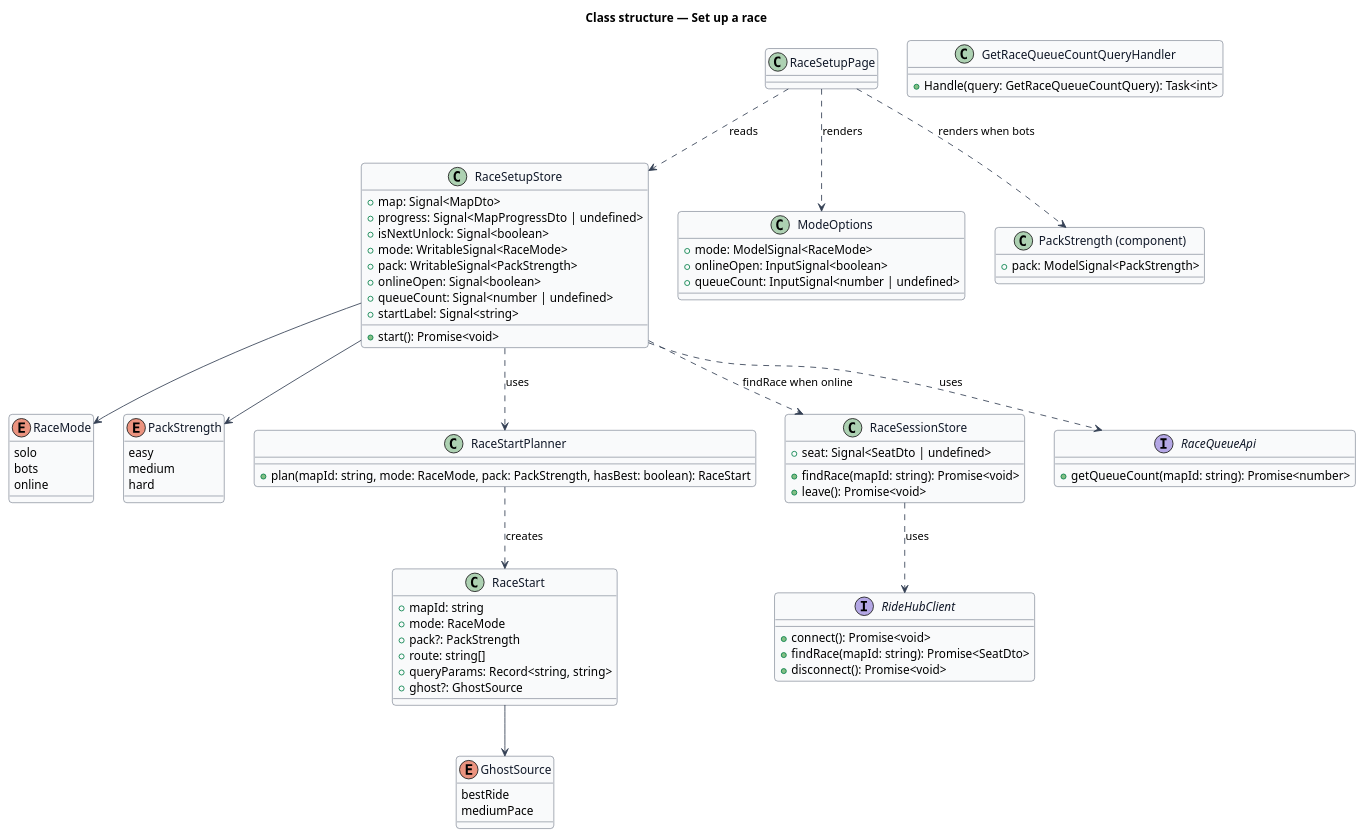
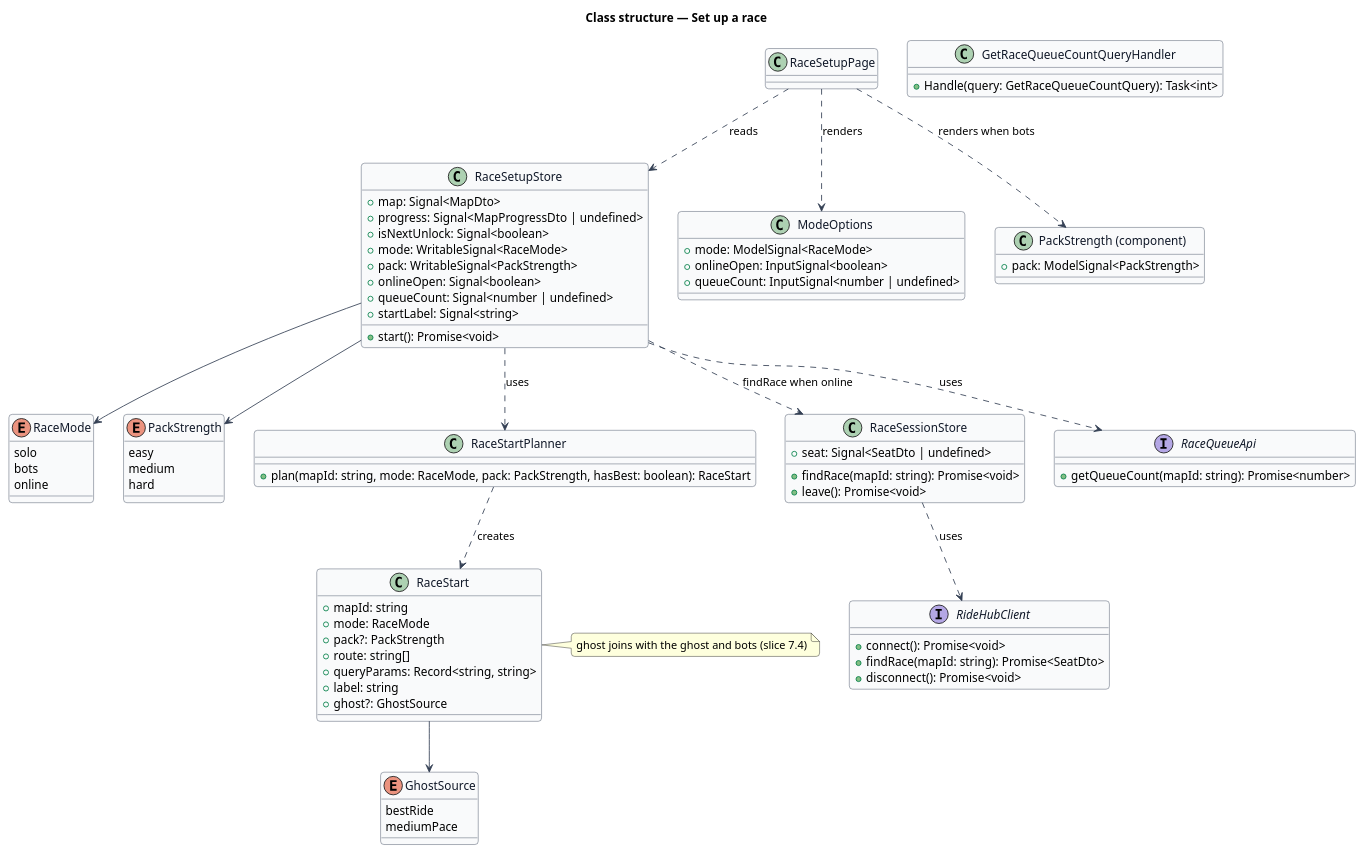
One commit to QuinntyneBrown/ride-one changed the diagram in docs/detailed-designs/race/set-up-a-race/diagrams/class-structure.puml. Above: the diagram before and after it, drawn with PlantUML. The commit also changed 5 other files, not shown here.

First line of the commit message:
Align Race Setup's design for slice 7.2

```diff
--- a/docs/detailed-designs/race/set-up-a-race/diagrams/class-structure.puml
+++ b/docs/detailed-designs/race/set-up-a-race/diagrams/class-structure.puml
@@ -1,87 +1,89 @@
 @startuml
 ' --- shared skin header ---
 skinparam backgroundColor #FFFFFF
 skinparam shadowing false
 skinparam roundcorner 8
 skinparam defaultFontName Arial
 skinparam ArrowColor #344054
 skinparam class {
   BorderColor #344054
   FontColor #101828
   BackgroundColor #F9FAFB
 }
 ' --------------------------
 title Class structure — Set up a race
 enum RaceMode {
   solo
   bots
   online
 }
 enum PackStrength {
   easy
   medium
   hard
 }
 class RaceStart {
   +mapId: string
   +mode: RaceMode
   +pack?: PackStrength
   +route: string[]
   +queryParams: Record<string, string>
+  +label: string
   +ghost?: GhostSource
 }
+note right of RaceStart : ghost joins with the ghost and bots (slice 7.4)
 enum GhostSource {
   bestRide
   mediumPace
 }
 class RaceSetupStore {
   +map: Signal<MapDto>
   +progress: Signal<MapProgressDto | undefined>
   +isNextUnlock: Signal<boolean>
   +mode: WritableSignal<RaceMode>
   +pack: WritableSignal<PackStrength>
   +onlineOpen: Signal<boolean>
   +queueCount: Signal<number | undefined>
   +startLabel: Signal<string>
   +start(): Promise<void>
 }
 class RaceStartPlanner {
   +plan(mapId: string, mode: RaceMode, pack: PackStrength, hasBest: boolean): RaceStart
 }
 class RaceSessionStore {
   +seat: Signal<SeatDto | undefined>
   +findRace(mapId: string): Promise<void>
   +leave(): Promise<void>
 }
 interface RaceQueueApi {
   +getQueueCount(mapId: string): Promise<number>
 }
 interface RideHubClient {
   +connect(): Promise<void>
   +findRace(mapId: string): Promise<SeatDto>
   +disconnect(): Promise<void>
 }
 class RaceSetupPage
 class ModeOptions {
   +mode: ModelSignal<RaceMode>
   +onlineOpen: InputSignal<boolean>
   +queueCount: InputSignal<number | undefined>
 }
 class PackStrengthOptions as "PackStrength (component)" {
   +pack: ModelSignal<PackStrength>
 }
 class GetRaceQueueCountQueryHandler {
   +Handle(query: GetRaceQueueCountQuery): Task<int>
 }
 RaceSetupPage ..> RaceSetupStore : reads
 RaceSetupPage ..> ModeOptions : renders
 RaceSetupPage ..> PackStrengthOptions : renders when bots
 RaceSetupStore --> RaceMode
 RaceSetupStore --> PackStrength
 RaceSetupStore ..> RaceStartPlanner : uses
 RaceSetupStore ..> RaceQueueApi : uses
 RaceSetupStore ..> RaceSessionStore : findRace when online
 RaceStartPlanner ..> RaceStart : creates
 RaceStart --> GhostSource
 RaceSessionStore ..> RideHubClient : uses
 @enduml
```
